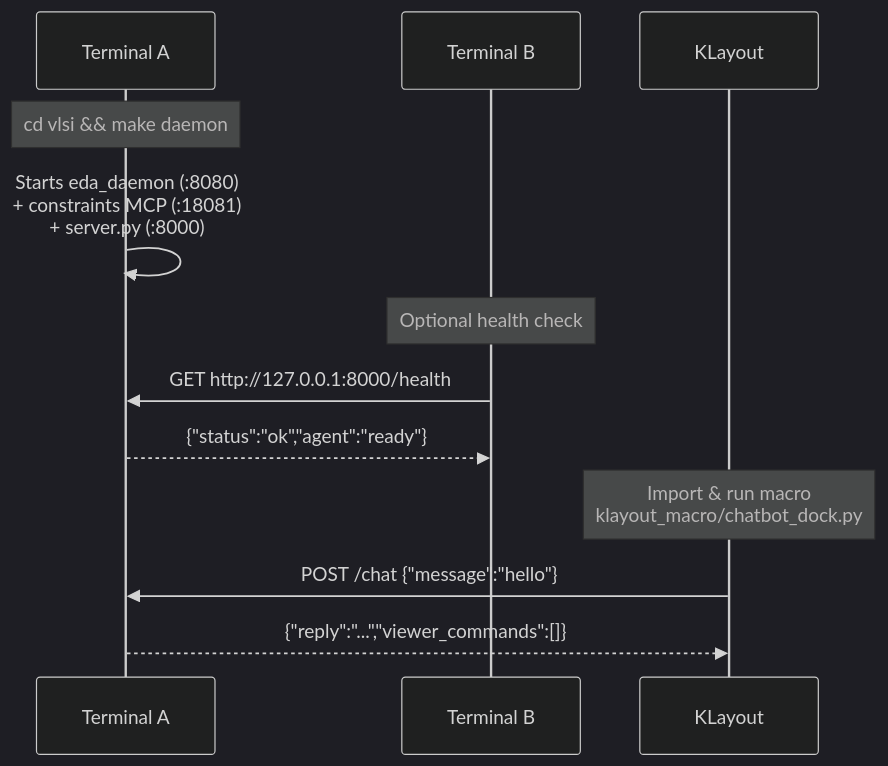
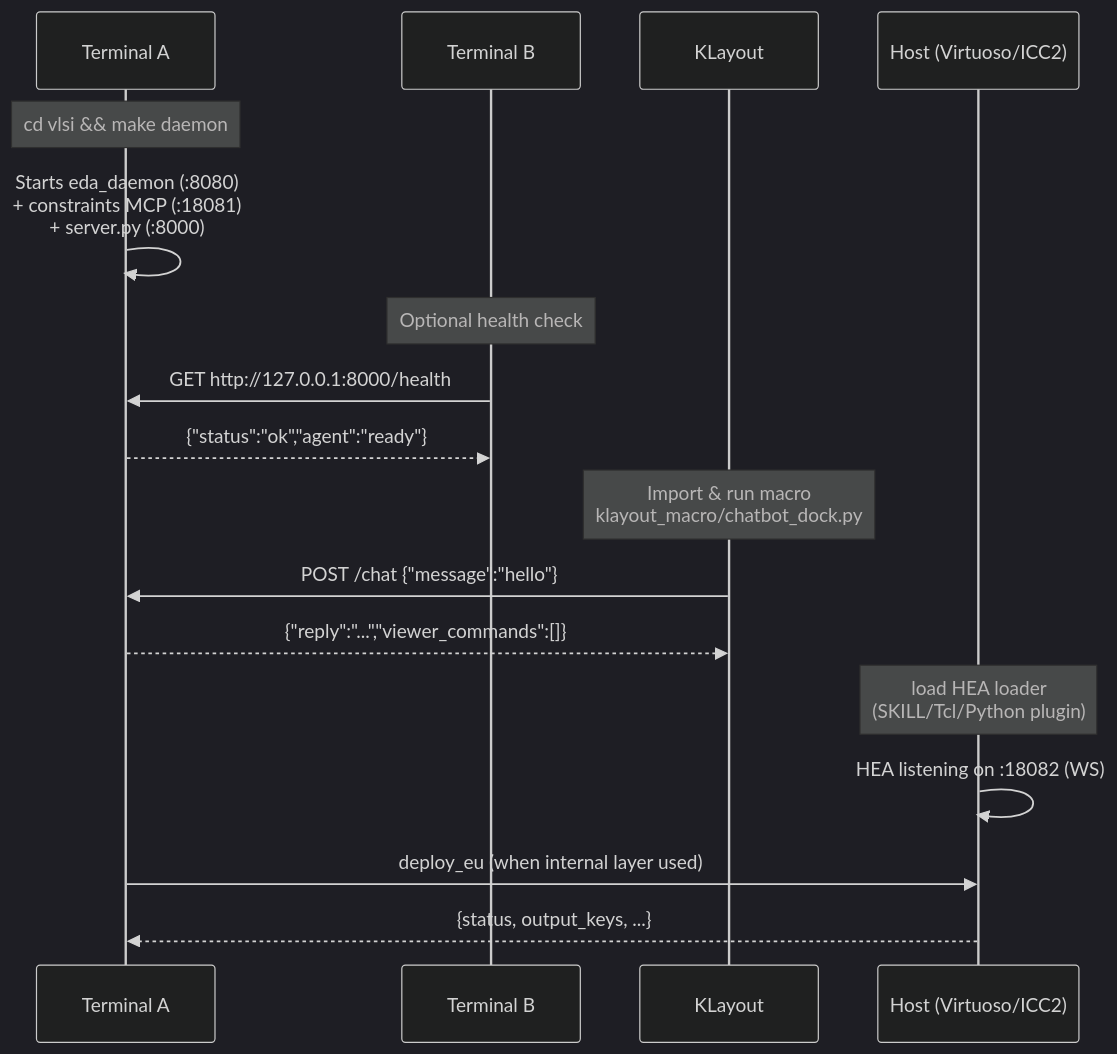
Before and after one commit to sandipanghosh81/programming: the sixth of 11 diagrams in vlsi/docs/architecture.md, drawn with Mermaid (dark theme). The commit also changed other lines of this file and 5 other files, not shown here.

````diff
--- a/vlsi/docs/architecture.md
+++ b/vlsi/docs/architecture.md
@@ -277,14 +579,19 @@
 ```mermaid
 sequenceDiagram
     participant T1 as Terminal A
     participant T2 as Terminal B
     participant T3 as KLayout
+    participant T4 as Host (Virtuoso/ICC2)
     Note over T1: cd vlsi && make daemon
     T1->>T1: Starts eda_daemon (:8080)<br/>+ constraints MCP (:18081)<br/>+ server.py (:8000)
     Note over T2: Optional health check
     T2->>T1: GET http://127.0.0.1:8000/health
     T1-->>T2: {"status":"ok","agent":"ready"}
     Note over T3: Import & run macro<br/>klayout_macro/chatbot_dock.py
     T3->>T1: POST /chat {"message":"hello"}
     T1-->>T3: {"reply":"...","viewer_commands":[]}
+    Note over T4: load HEA loader<br/>(SKILL/Tcl/Python plugin)
+    T4->>T4: HEA listening on :18082 (WS)
+    T1->>T4: deploy_eu (when internal layer used)
+    T4-->>T1: {status, output_keys, ...}
 ```
````
